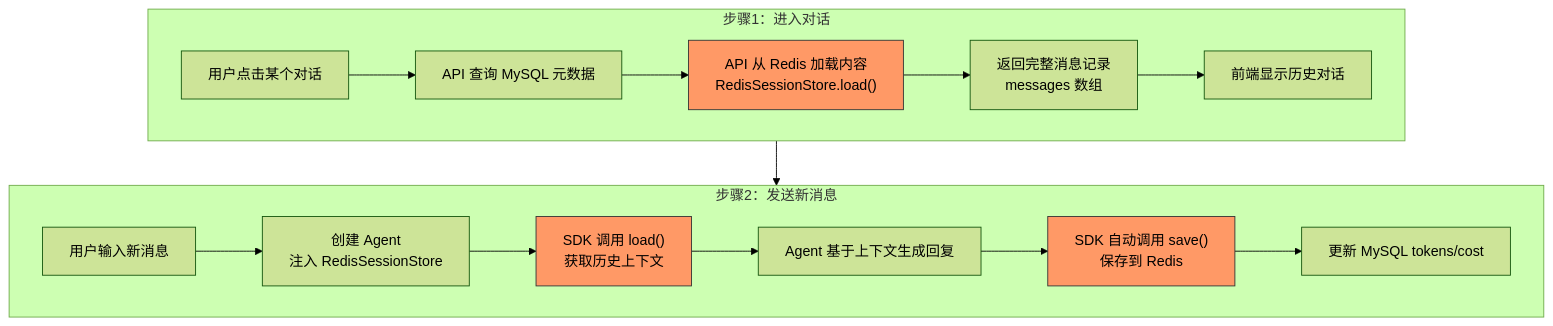
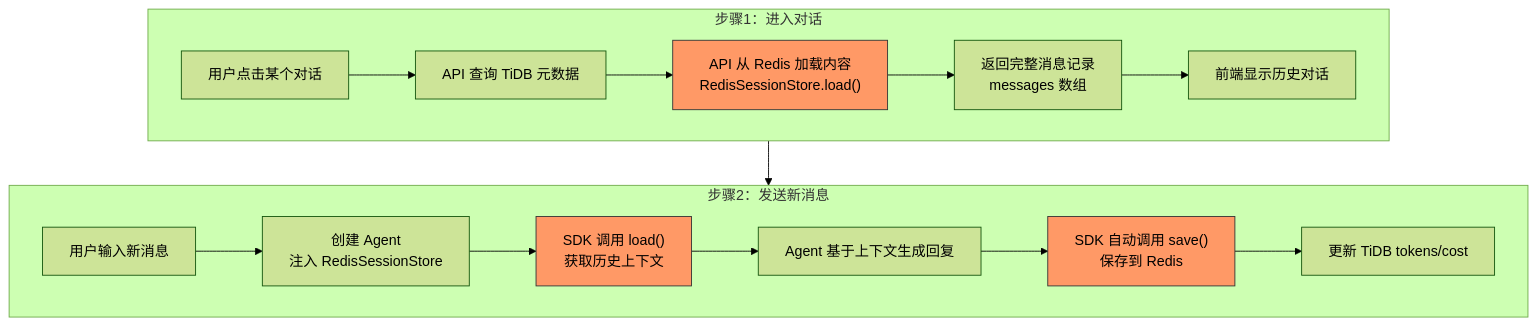
One commit to xiaocaipi/mm-doc changed diagram 14 of 27 in agent/agent_project_design_1.md. Above: the diagram before and after it, drawn with Mermaid (forest theme). The commit also changed other lines of this file, not shown here.

````diff
--- a/agent/agent_project_design_1.md
+++ b/agent/agent_project_design_1.md
@@ -705,23 +705,23 @@
 ```mermaid
 flowchart TD
     subgraph STEP1["步骤1：进入对话"]
-        A1["用户点击某个对话"] --> A2["API 查询 MySQL 元数据"]
+        A1["用户点击某个对话"] --> A2["API 查询 TiDB 元数据"]
         A2 --> A3["API 从 Redis 加载内容<br/>RedisSessionStore.load()"]
         A3 --> A4["返回完整消息记录<br/>messages 数组"]
         A4 --> A5["前端显示历史对话"]
     end
     
     subgraph STEP2["步骤2：发送新消息"]
         B1["用户输入新消息"] --> B2["创建 Agent<br/>注入 RedisSessionStore"]
         B2 --> B3["SDK 调用 load()<br/>获取历史上下文"]
         B3 --> B4["Agent 基于上下文生成回复"]
         B4 --> B5["SDK 自动调用 save()<br/>保存到 Redis"]
-        B5 --> B6["更新 MySQL tokens/cost"]
+        B5 --> B6["更新 TiDB tokens/cost"]
     end
     
     STEP1 --> STEP2
     
     style A3 fill:#f96,stroke:#333
     style B3 fill:#f96,stroke:#333
     style B5 fill:#f96,stroke:#333
 ```
````
